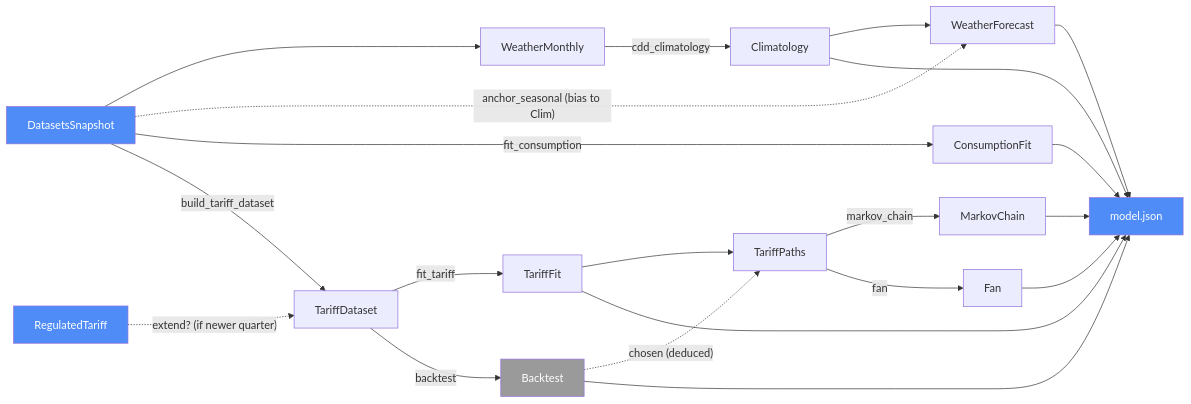
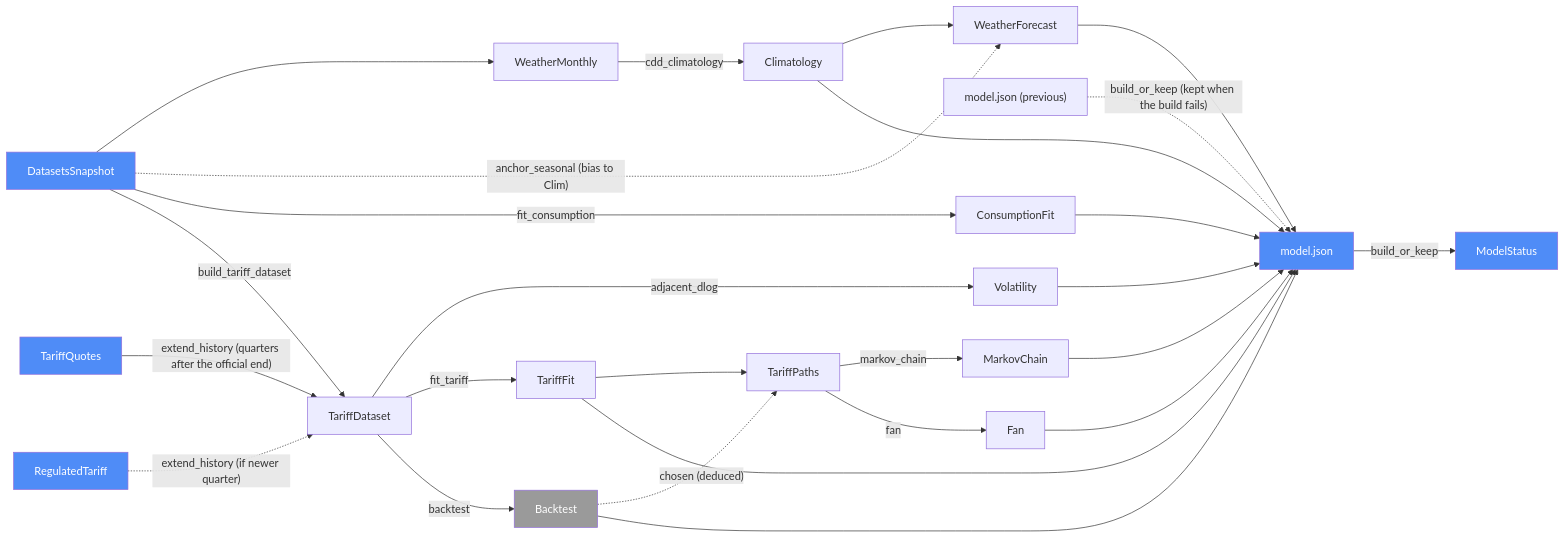
One commit to sescc/electricity-oemsg-picker changed the diagram in docs/analysis/ARCHITECTURE.md. Above: the diagram before and after it, drawn with Mermaid. The commit also changed other lines of this file and 48 other files, not shown here.

````diff
--- a/docs/analysis/ARCHITECTURE.md
+++ b/docs/analysis/ARCHITECTURE.md
@@ -22,40 +22,51 @@
 ```mermaid
 graph LR
     DS["DatasetsSnapshot"]
     RT["RegulatedTariff"]
+    TQ["TariffQuotes"]
+    Vol["Volatility"]
+    Prev["model.json (previous)"]
+    MS["ModelStatus"]
     W["WeatherMonthly"]
     Clim["Climatology"]
     WF["WeatherForecast"]
     CF["ConsumptionFit"]
     TD["TariffDataset"]
     TF["TariffFit"]
     BT["Backtest"]
     Paths["TariffPaths"]
     MC["MarkovChain"]
     Fan["Fan"]
     MJ["model.json"]
     DS --> W
     W -->|"cdd_climatology"| Clim
     DS -.->|"anchor_seasonal (bias to Clim)"| WF
     Clim --> WF
     DS -->|"fit_consumption"| CF
     DS -->|"build_tariff_dataset"| TD
-    RT -.->|"extend? (if newer quarter)"| TD
+    TQ -->|"extend_history (quarters after the official end)"| TD
+    RT -.->|"extend_history (if newer quarter)"| TD
+    TD -->|"adjacent_dlog"| Vol
     TD -->|"fit_tariff"| TF
     TD -->|"backtest"| BT
     BT -.->|"chosen (deduced)"| Paths
     TF --> Paths
     Paths -->|"markov_chain"| MC
     Paths -->|"fan"| Fan
     Clim --> MJ
     WF --> MJ
     CF --> MJ
     TF --> MJ
     BT --> MJ
     MC --> MJ
     Fan --> MJ
+    Vol --> MJ
+    Prev -.->|"build_or_keep (kept when the build fails)"| MJ
+    MJ -->|"build_or_keep"| MS
     style DS fill:#4f8cf7,color:#fff
     style RT fill:#4f8cf7,color:#fff
+    style TQ fill:#4f8cf7,color:#fff
+    style MS fill:#4f8cf7,color:#fff
     style MJ fill:#4f8cf7,color:#fff
     style BT fill:#9a9a9a,color:#fff
 ```
````
